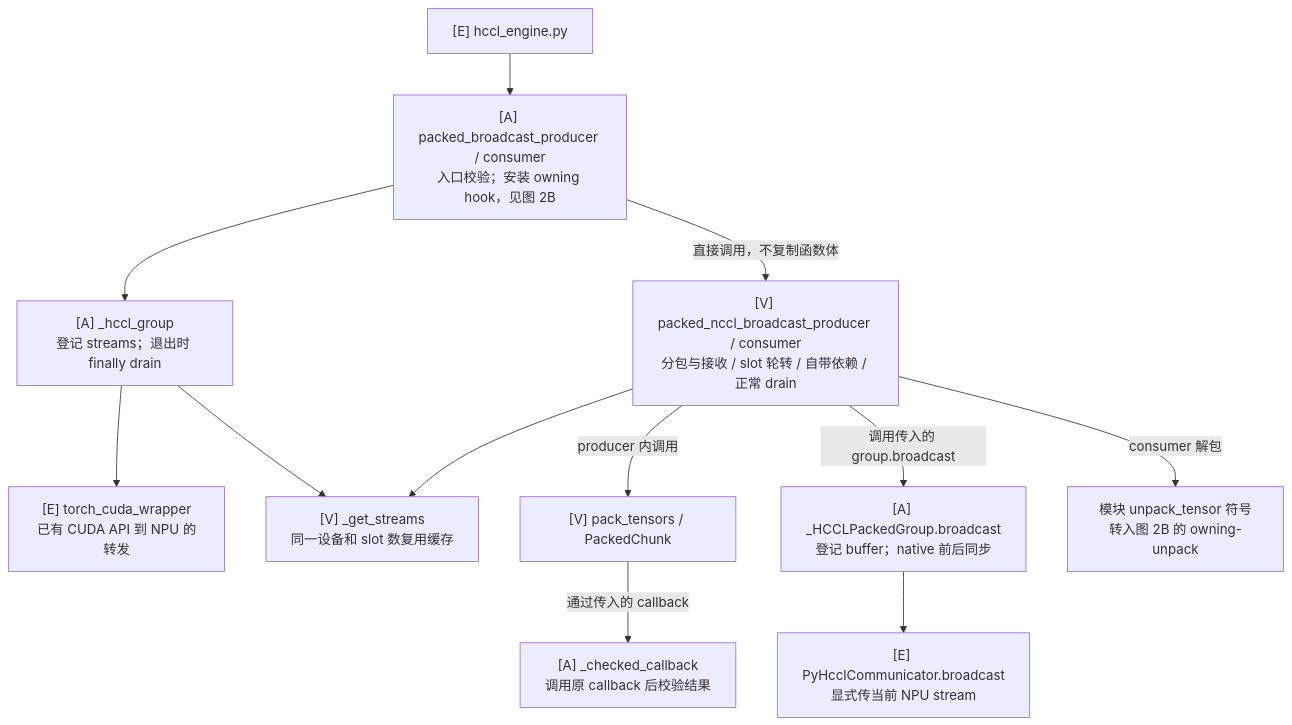
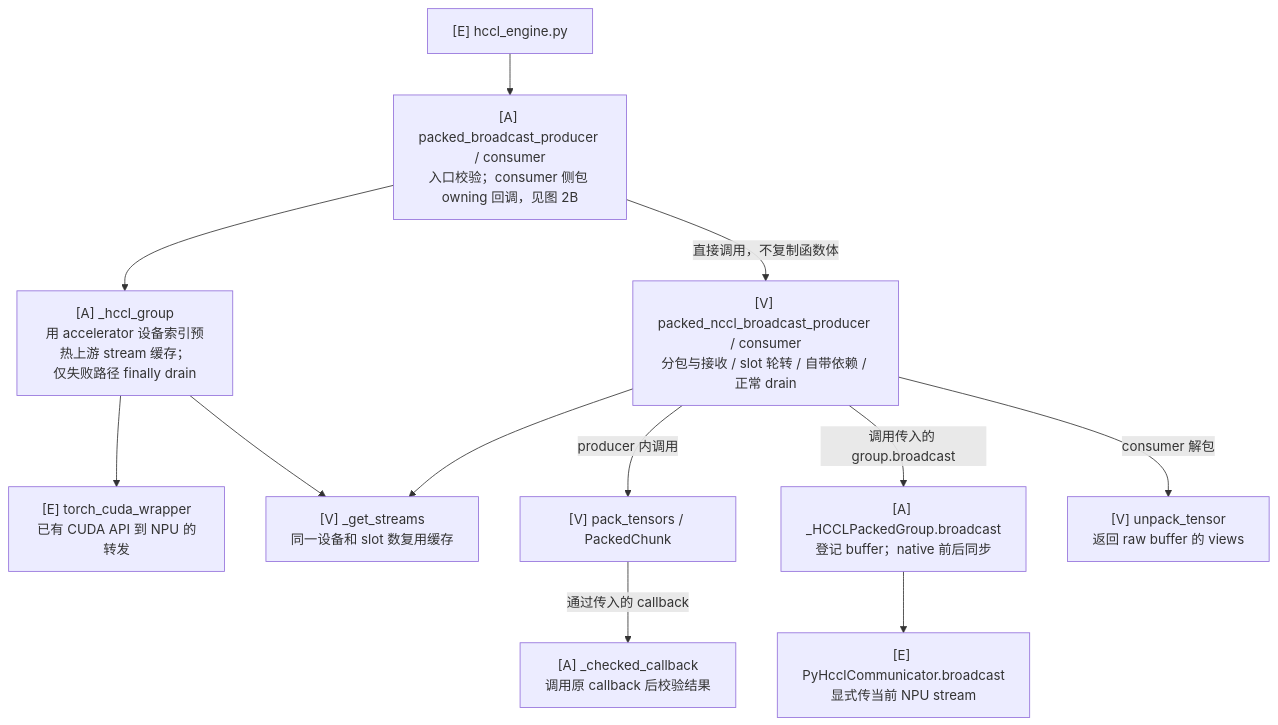
The second of 9 diagrams in vllm/weight-transfer/packed-tensor-design.md (Liccol/ref-doc), drawn with Mermaid before and after one commit. The commit also changed other lines of this file and 3 other files, not shown here.

First line of the commit message:
docs: redesign owning storage via post-unpack wrapper v1.0.7

````diff
--- a/vllm/weight-transfer/packed-tensor-design.md
+++ b/vllm/weight-transfer/packed-tensor-design.md
@@ -133,14 +133,14 @@
 ```mermaid
 flowchart TD
-    ENGINE["[E] hccl_engine.py"] --> ENTRY["[A] packed_broadcast_producer / consumer<br/>入口校验；安装 owning hook，见图 2B"]
-    ENTRY --> CTX["[A] _hccl_group<br/>登记 streams；退出时 finally drain"]
+    ENGINE["[E] hccl_engine.py"] --> ENTRY["[A] packed_broadcast_producer / consumer<br/>入口校验；consumer 侧包 owning 回调，见图 2B"]
+    ENTRY --> CTX["[A] _hccl_group<br/>用 accelerator 设备索引预热上游 stream 缓存；<br/>仅失败路径 finally drain"]
     CTX --> WRAP["[E] torch_cuda_wrapper<br/>已有 CUDA API 到 NPU 的转发"]
     CTX --> STREAMS["[V] _get_streams<br/>同一设备和 slot 数复用缓存"]
     ENTRY -->|直接调用，不复制函数体| LOOP["[V] packed_nccl_broadcast_producer / consumer<br/>分包与接收 / slot 轮转 / 自带依赖 / 正常 drain"]
     LOOP --> STREAMS
     LOOP -->|producer 内调用| PACK["[V] pack_tensors / PackedChunk"]
     PACK -->|通过传入的 callback| CHECK["[A] _checked_callback<br/>调用原 callback 后校验结果"]
     LOOP -->|调用传入的 group.broadcast| GROUP["[A] _HCCLPackedGroup.broadcast<br/>登记 buffer；native 前后同步"]
     GROUP --> NATIVE["[E] PyHcclCommunicator.broadcast<br/>显式传当前 NPU stream"]
-    LOOP -->|consumer 解包| UNPACK["模块 unpack_tensor 符号<br/>转入图 2B 的 owning-unpack"]
+    LOOP -->|consumer 解包| UNPACK["[V] unpack_tensor<br/>返回 raw buffer 的 views"]
 ```
````
